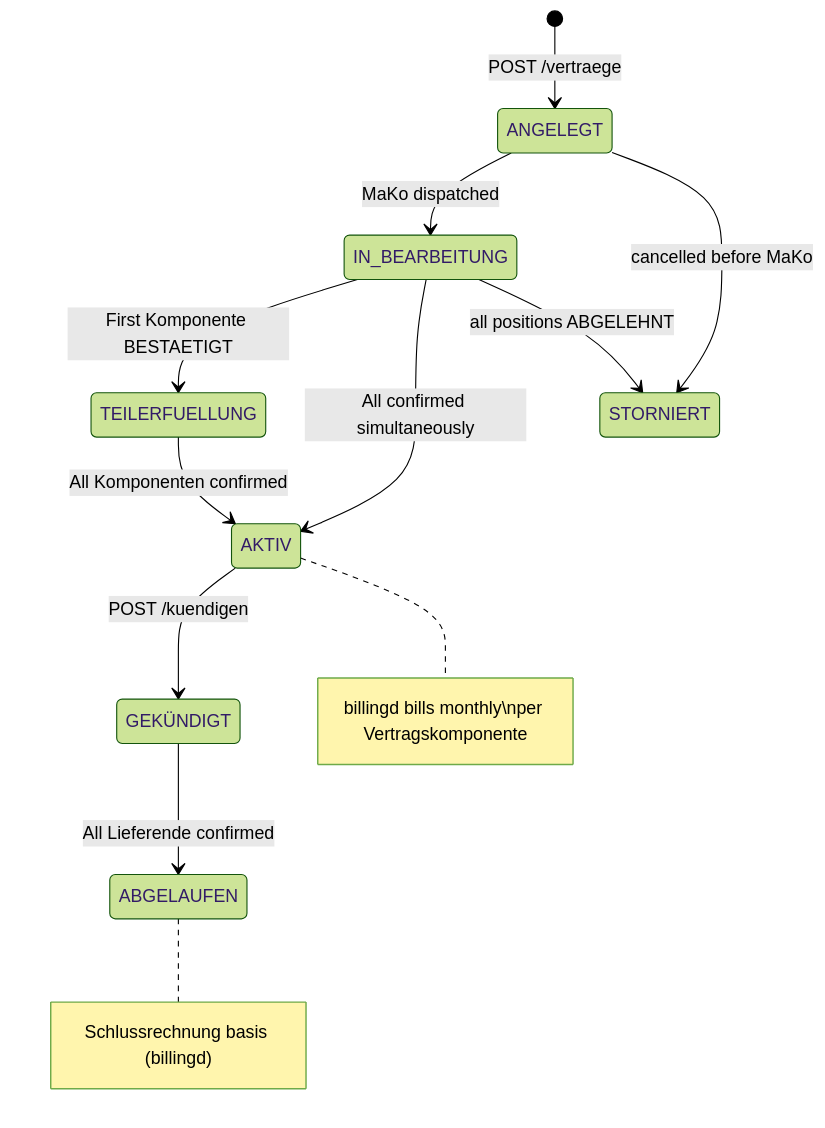
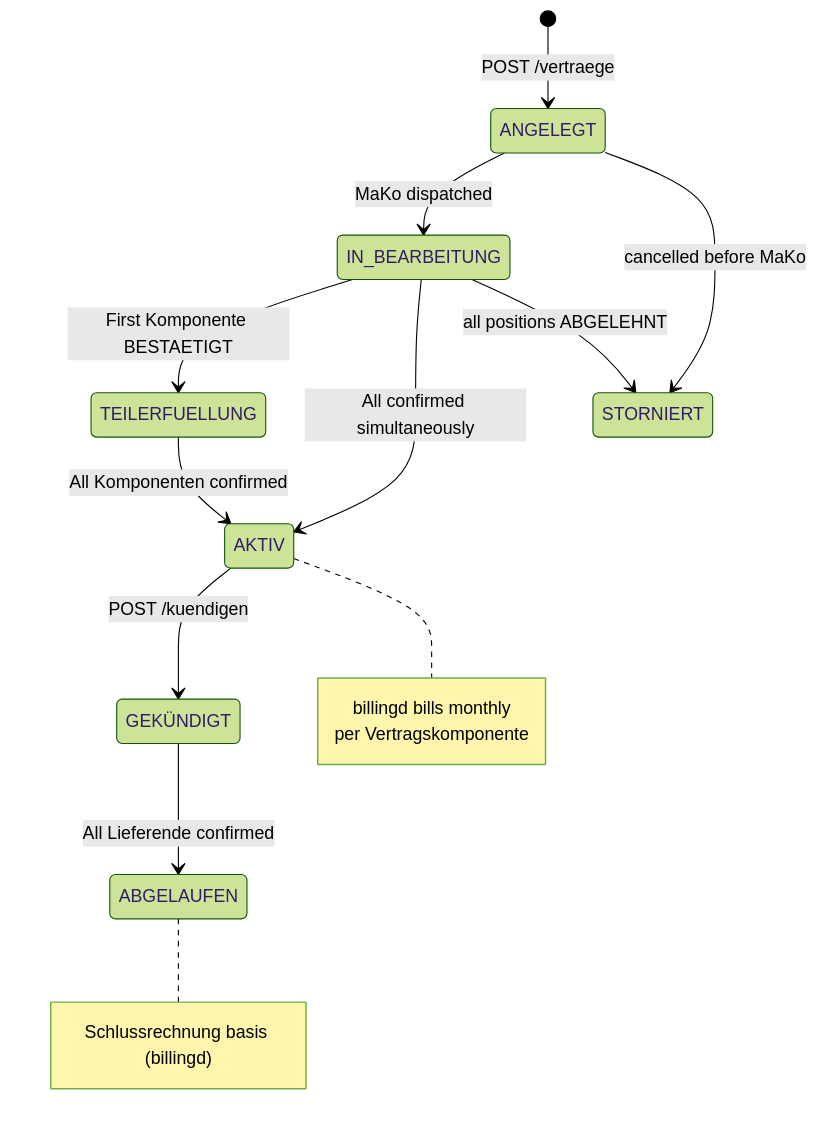
One commit to hupe1980/mako changed the third of 4 diagrams in site/content/docs/services/vertragd.md. Above: the diagram before and after it, drawn with Mermaid (forest theme). The commit also changed other lines of this file and 45 other files, not shown here.

````diff
--- a/site/content/docs/services/vertragd.md
+++ b/site/content/docs/services/vertragd.md
@@ -200,15 +200,15 @@
 ```mermaid
 stateDiagram-v2
     [*] --> ANGELEGT: POST /vertraege
     ANGELEGT --> IN_BEARBEITUNG: MaKo dispatched
     IN_BEARBEITUNG --> TEILERFUELLUNG: First Komponente BESTAETIGT
     TEILERFUELLUNG --> AKTIV: All Komponenten confirmed
     IN_BEARBEITUNG --> AKTIV: All confirmed simultaneously
     AKTIV --> GEKÜNDIGT: POST /kuendigen
     GEKÜNDIGT --> ABGELAUFEN: All Lieferende confirmed
     ANGELEGT --> STORNIERT: cancelled before MaKo
     IN_BEARBEITUNG --> STORNIERT: all positions ABGELEHNT
 
-    note right of AKTIV: billingd bills monthly\nper Vertragskomponente
+    note right of AKTIV: billingd bills monthly<br/>per Vertragskomponente
     note right of ABGELAUFEN: Schlussrechnung basis (billingd)
 ```
````
